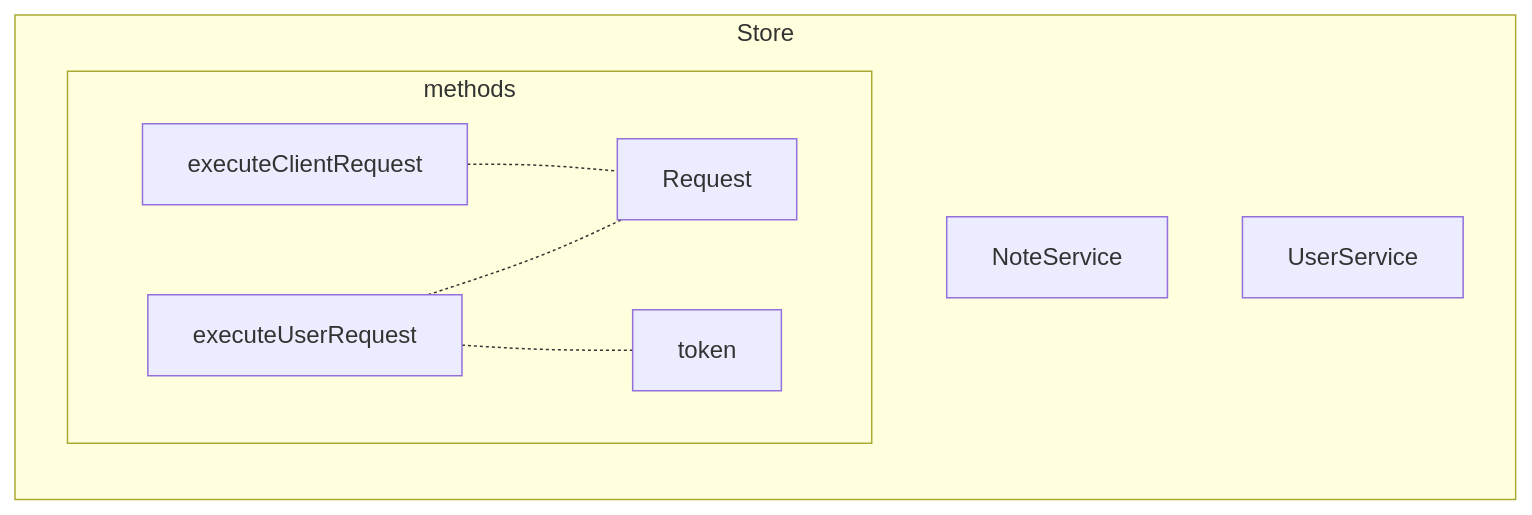
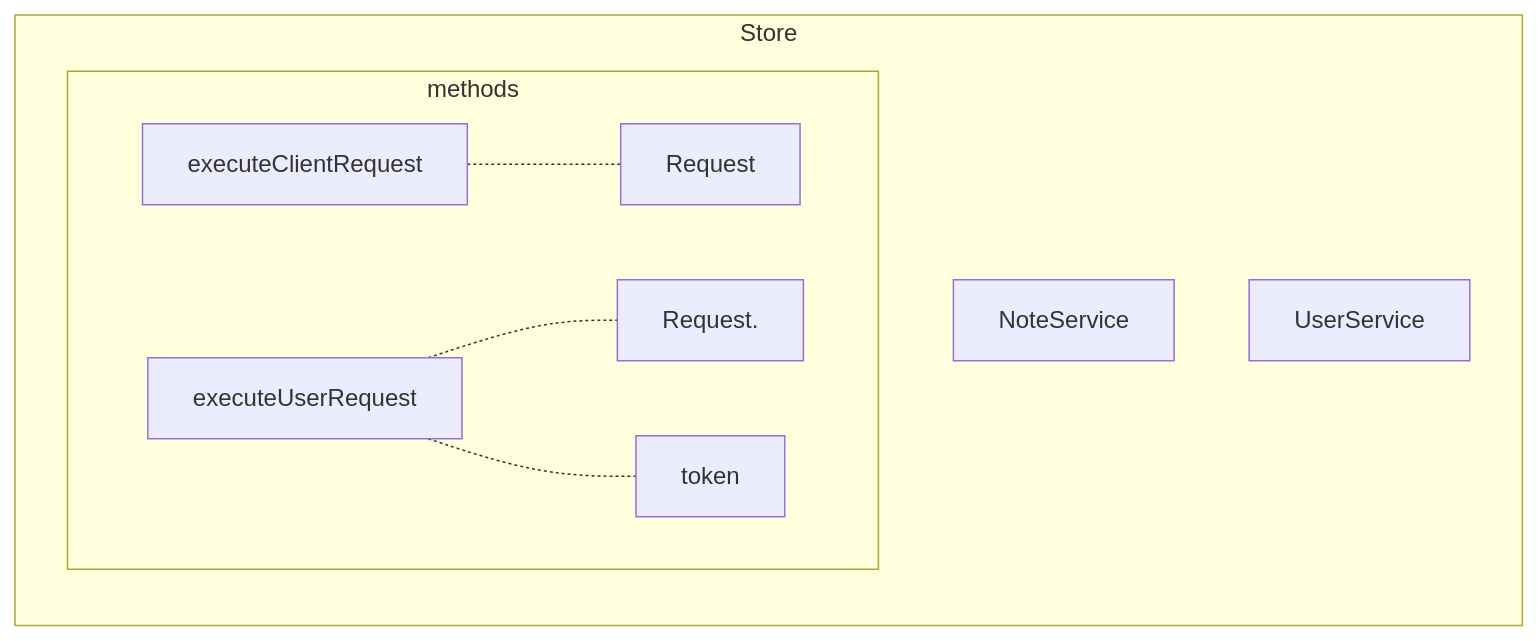
The first of 13 diagrams in aqueduct/todoapp/ui_part.md (gordianknotC/nxp_note), drawn with Mermaid before and after one commit. The commit also changed other lines of this file, not shown here.

Commit message:
aqueduct/todoapp/ui_part.md updated from https://stackedit.io/

````diff
--- a/aqueduct/todoapp/ui_part.md
+++ b/aqueduct/todoapp/ui_part.md
@@ -2,13 +2,13 @@
 ```mermaid
 graph LR
 subgraph Store
 	NoteService
 	UserService
 	subgraph methods
 		executeClientRequest -.- Request
-		executeUserRequest -.- Request
+		executeUserRequest -.- Request.
 		executeUserRequest -.- token
 		 
 	end
 end
 ```
````
